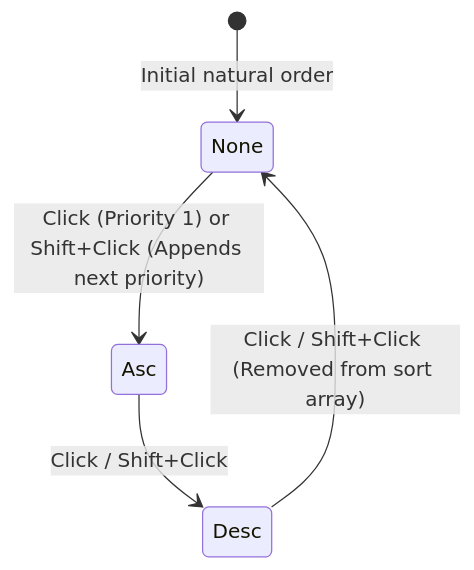
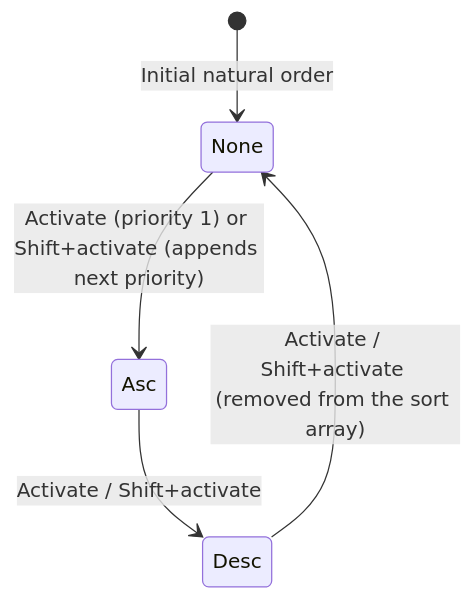
Before and after one commit to yaotzin1/apsw-gridwright: the diagram in specs/multi-column-sorting/spec.md, drawn with Mermaid. The commit also changed other lines of this file and 201 other files, not shown here.

````diff
--- a/specs/multi-column-sorting/spec.md
+++ b/specs/multi-column-sorting/spec.md
@@ -28,7 +33,7 @@
 ```mermaid
 stateDiagram-v2
     [*] --> None : Initial natural order
-    None --> Asc : Click (Priority 1) or Shift+Click (Appends next priority)
-    Asc --> Desc : Click / Shift+Click
-    Desc --> None : Click / Shift+Click (Removed from sort array)
+    None --> Asc : Activate (priority 1) or Shift+activate (appends next priority)
+    Asc --> Desc : Activate / Shift+activate
+    Desc --> None : Activate / Shift+activate (removed from the sort array)
 ```
````
